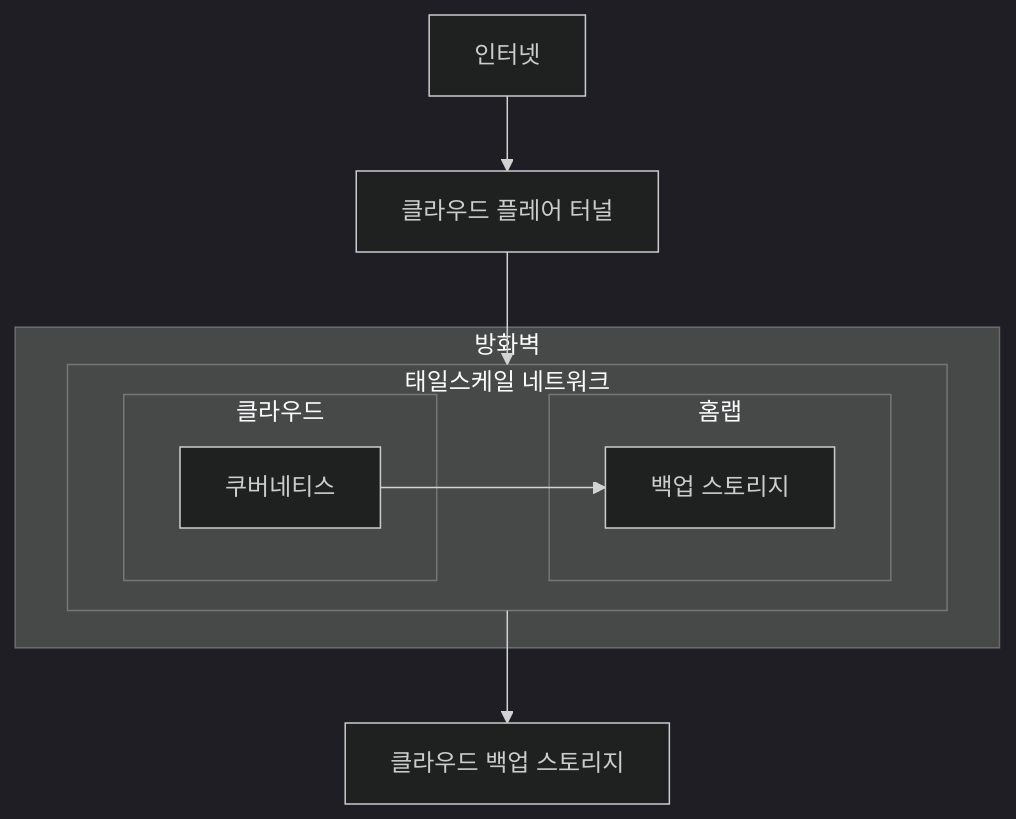
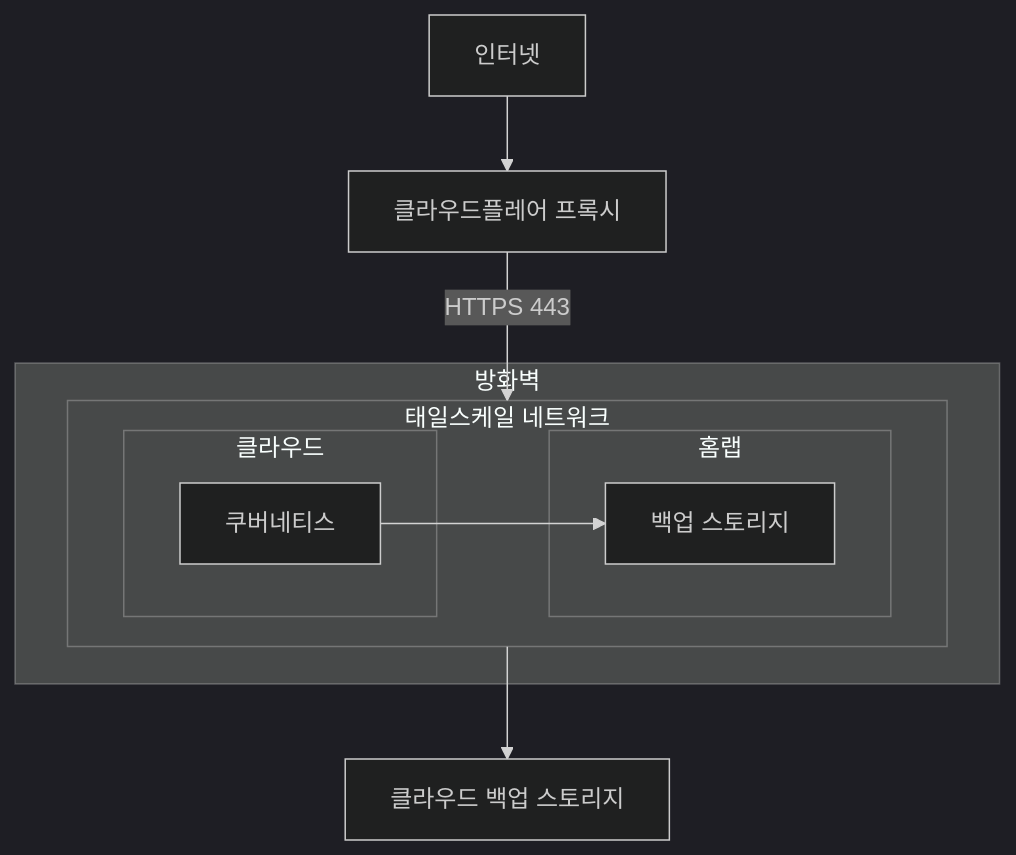
The diagram in readme.md (tinyrack-net/infrastructure), drawn with Mermaid (dark theme) before and after one commit. The commit also changed other lines of this file and 8 other files, not shown here.

First line of the commit message:
feat: Cloudflare Tunnel 제거하고 공인 IP 직접 라우팅으로 전환

````diff
--- a/readme.md
+++ b/readme.md
@@ -3,26 +3,26 @@
 ```mermaid
 flowchart TB
     internet["인터넷"]
-    cloudflare-tunnel["클라우드 플레어 터널"]
+    cloudflare-proxy["클라우드플레어 프록시"]
     cloud-storage["클라우드 백업 스토리지"]
-    internet --> cloudflare-tunnel
+    internet --> cloudflare-proxy
 
     subgraph firewall["방화벽"]
         subgraph tailscale["태일스케일 네트워크"]
             direction LR
 
             subgraph homelab["홈랩"]
                 backup-storage["백업 스토리지"]
             end
 
             subgraph cloud["클라우드"]
                 cluster["쿠버네티스"]
             end
 
             cluster --> backup-storage
         end
     end
 
-    cloudflare-tunnel --> cluster
+    cloudflare-proxy -- "HTTPS 443" --> cluster
     backup-storage --> cloud-storage
 ```
````
